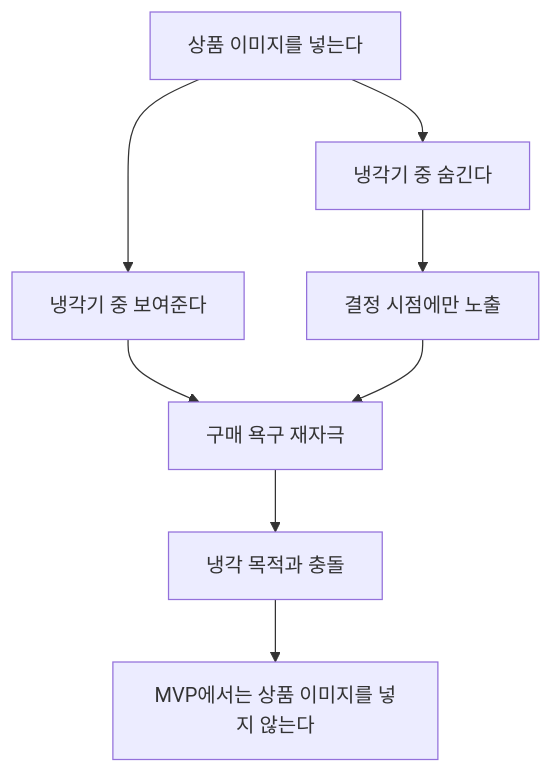
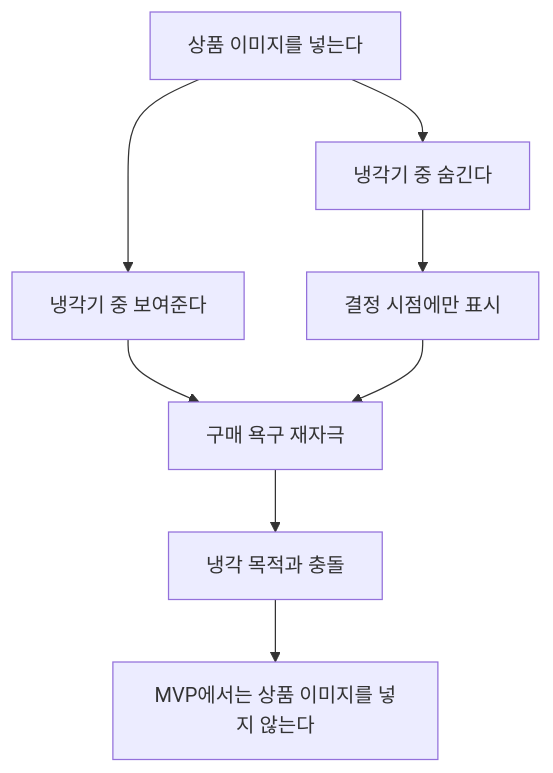
Before and after one commit to web-ppu/cooling-off: the diagram in docs/archive/adr-no-product-image.md, drawn with Mermaid. The commit also changed other lines of this file and 7 other files, not shown here.

````diff
--- a/docs/archive/adr-no-product-image.md
+++ b/docs/archive/adr-no-product-image.md
@@ -36,10 +36,10 @@
 ```mermaid
 flowchart TD
   Image["상품 이미지를 넣는다"] --> Show["냉각기 중 보여준다"]
   Image --> Hide["냉각기 중 숨긴다"]
   Show --> Stimulus["구매 욕구 재자극"]
-  Hide --> Later["결정 시점에만 노출"]
+  Hide --> Later["결정 시점에만 표시"]
   Later --> Stimulus
   Stimulus --> Conflict["냉각 목적과 충돌"]
   Conflict --> Decision["MVP에서는 상품 이미지를 넣지 않는다"]
 ```
````
